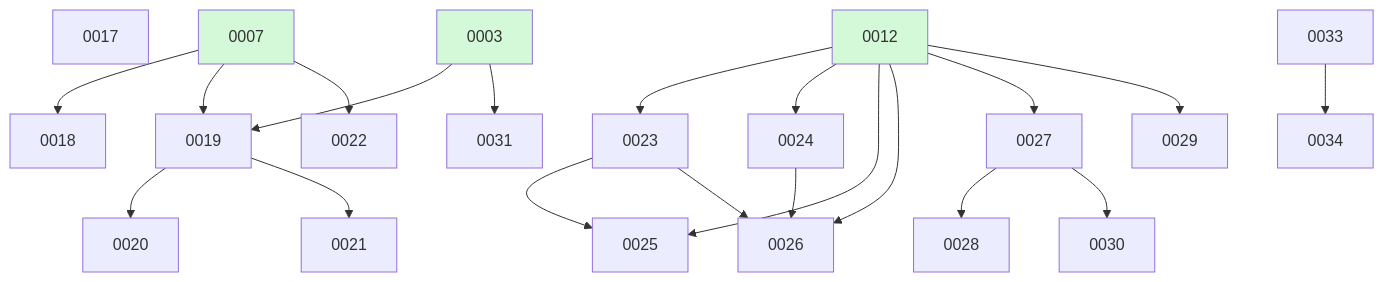
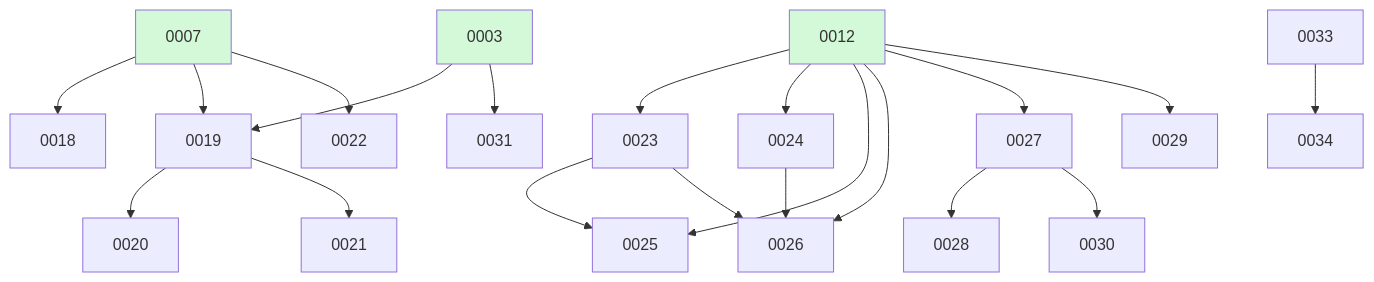
Before and after one commit to ethanhinson/fuse: the diagram in docs/changes/BOARD.md, drawn with Mermaid. The commit also changed other lines of this file, not shown here.

````diff
--- a/docs/changes/BOARD.md
+++ b/docs/changes/BOARD.md
@@ -32,28 +26,27 @@
 ```mermaid
 graph TD
-  0017
   0007 --> 0018
   0003 --> 0019
   0007 --> 0019
   0019 --> 0020
   0019 --> 0021
   0007 --> 0022
   0012 --> 0023
   0012 --> 0024
   0012 --> 0025
   0023 --> 0025
   0012 --> 0026
   0023 --> 0026
   0024 --> 0026
   0012 --> 0027
   0027 --> 0028
   0012 --> 0029
   0027 --> 0030
   0003 --> 0031
   0033
   0033 --> 0034
   0003:::done
   0007:::done
   0012:::done
   classDef done fill:#d3f9d8;
 ```
````
